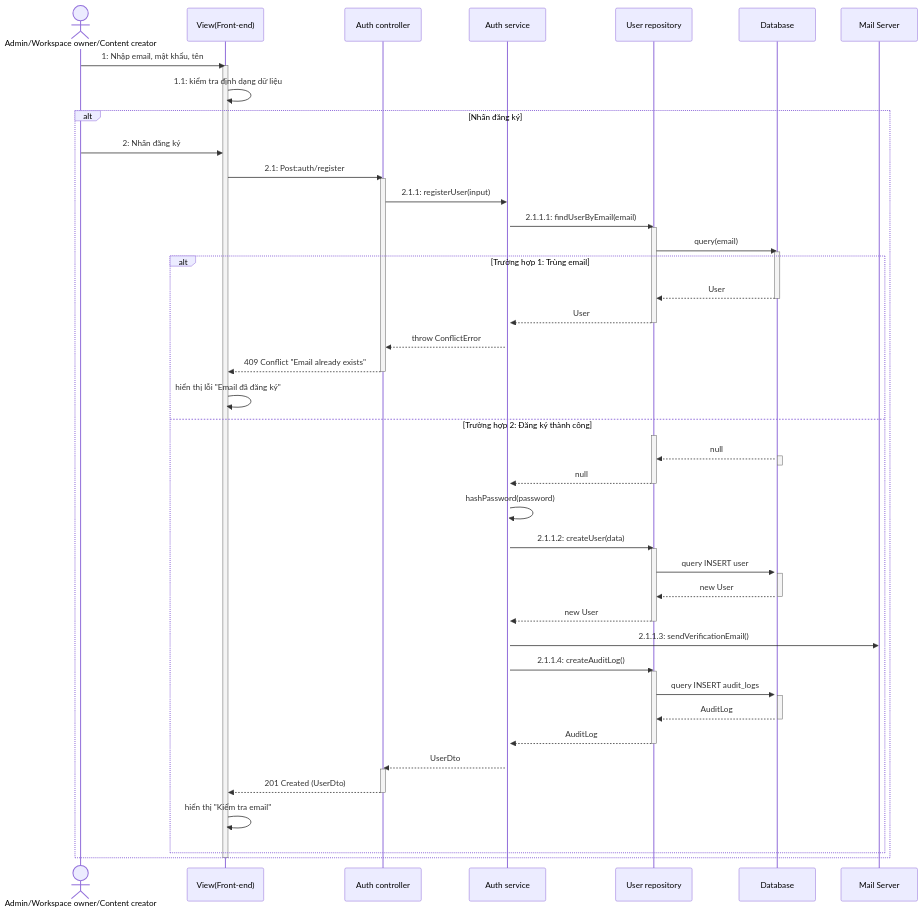
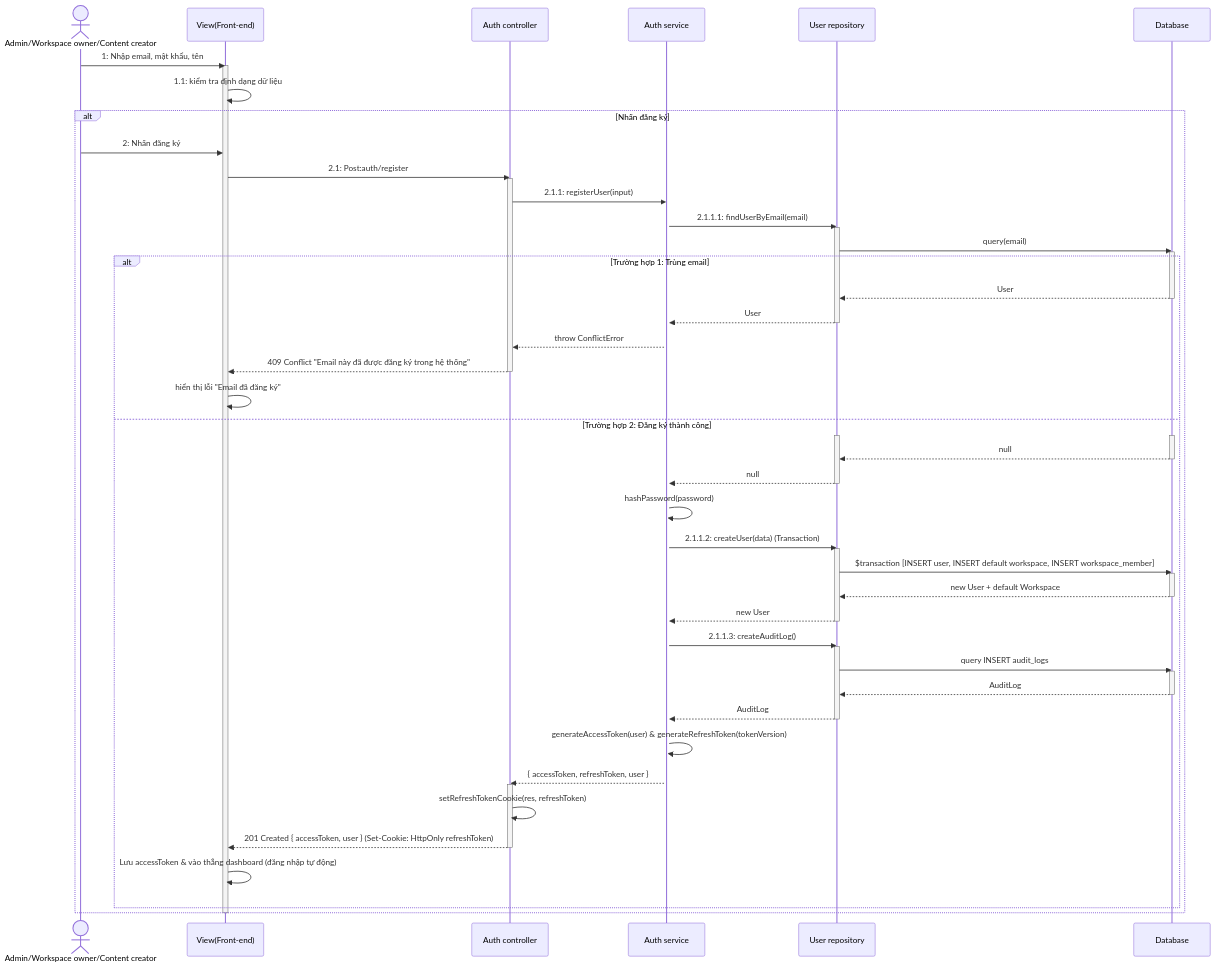
The first of 44 diagrams in docs/function_layer_mapping.md (Pham-Hong-Ky/marka-capstone), drawn with Mermaid before and after one commit. The commit also changed other lines of this file and 47 other files, not shown here.

First line of the commit message:
docs: refresh architecture, API and database specs with UML diagrams

````diff
--- a/docs/function_layer_mapping.md
+++ b/docs/function_layer_mapping.md
@@ -7,69 +7,68 @@
 ```mermaid
 sequenceDiagram
     actor User as Admin/Workspace owner/Content creator
     participant View as View(Front-end)
     participant Controller as Auth controller
     participant Service as Auth service
     participant Repository as User repository
     participant DB as Database
-    participant Mail as Mail Server
 
     User->>View: 1: Nhập email, mật khẩu, tên
     activate View
     View->>View: 1.1: kiểm tra định dạng dữ liệu
 
     alt Nhấn đăng ký
         User->>View: 2: Nhấn đăng ký
         View->>Controller: 2.1: Post:auth/register
         activate Controller
         Controller->>Service: 2.1.1: registerUser(input)
         activate Service
         Service->>Repository: 2.1.1.1: findUserByEmail(email)
         activate Repository
         Repository->>DB: query(email)
         activate DB
 
         alt Trường hợp 1: Trùng email
             DB-->>Repository: User
             deactivate DB
             Repository-->>Service: User
             deactivate Repository
             Service-->>Controller: throw ConflictError
-            Controller-->>View: 409 Conflict "Email already exists"
+            Controller-->>View: 409 Conflict "Email này đã được đăng ký trong hệ thống"
             deactivate Controller
             View->>View: hiển thị lỗi "Email đã đăng ký"
         else Trường hợp 2: Đăng ký thành công
             activate Repository
             activate DB
             DB-->>Repository: null
-            activate DB
             deactivate DB
             Repository-->>Service: null
             deactivate Repository
             Service->>Service: hashPassword(password)
-            Service->>Repository: 2.1.1.2: createUser(data)
+            Service->>Repository: 2.1.1.2: createUser(data) (Transaction)
             activate Repository
-            Repository->>DB: query INSERT user
+            Repository->>DB: $transaction [INSERT user, INSERT default workspace, INSERT workspace_member]
             activate DB
-            DB-->>Repository: new User
+            DB-->>Repository: new User + default Workspace
             deactivate DB
             Repository-->>Service: new User
             deactivate Repository
-            Service->>Mail: 2.1.1.3: sendVerificationEmail()
-            Service->>Repository: 2.1.1.4: createAuditLog()
+            Service->>Repository: 2.1.1.3: createAuditLog()
             activate Repository
             Repository->>DB: query INSERT audit_logs
             activate DB
             DB-->>Repository: AuditLog
             deactivate DB
             Repository-->>Service: AuditLog
             deactivate Repository
-            Service-->>Controller: UserDto
+            Service->>Service: generateAccessToken(user) & generateRefreshToken(tokenVersion)
+            Service-->>Controller: { accessToken, refreshToken, user }
             activate Controller
-            Controller-->>View: 201 Created (UserDto)
+            Controller->>Controller: setRefreshTokenCookie(res, refreshToken)
+            Controller-->>View: 201 Created { accessToken, user } (Set-Cookie: HttpOnly refreshToken)
             deactivate Controller
-            View->>View: hiển thị "Kiểm tra email"
+            View->>View: Lưu accessToken & vào thẳng dashboard (đăng nhập tự động)
         end
     end
     deactivate View
 ```
````
